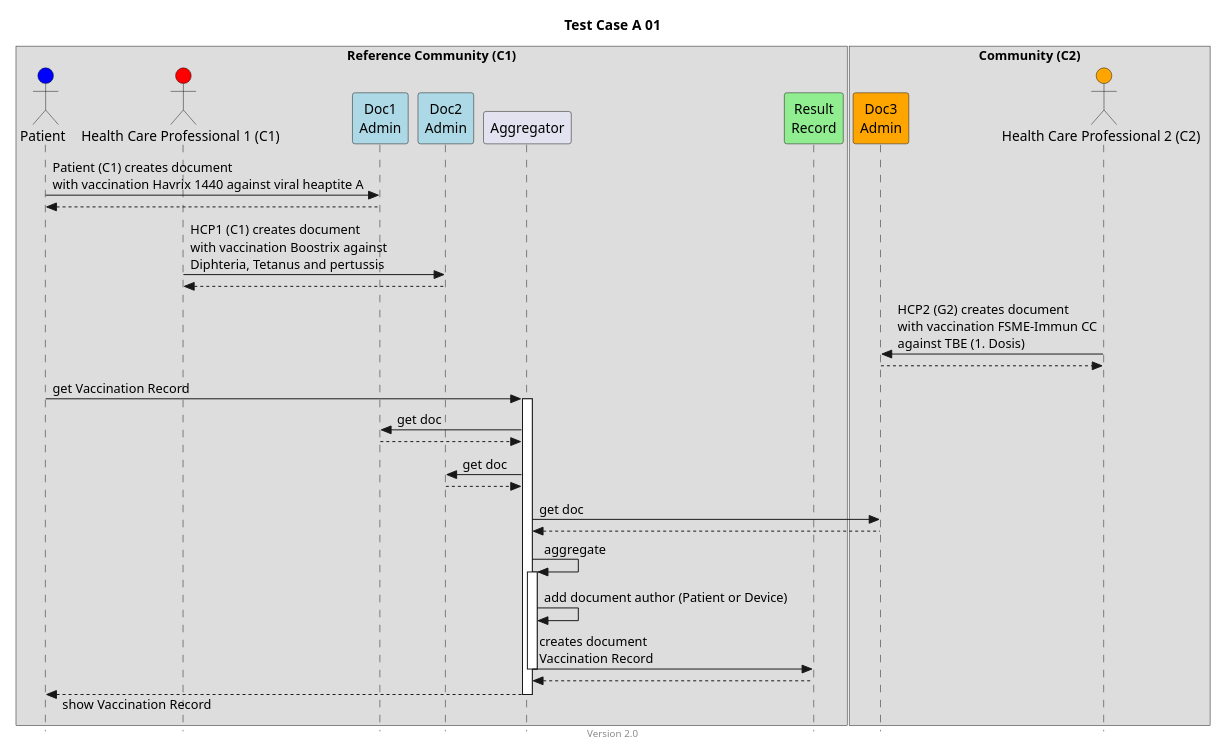
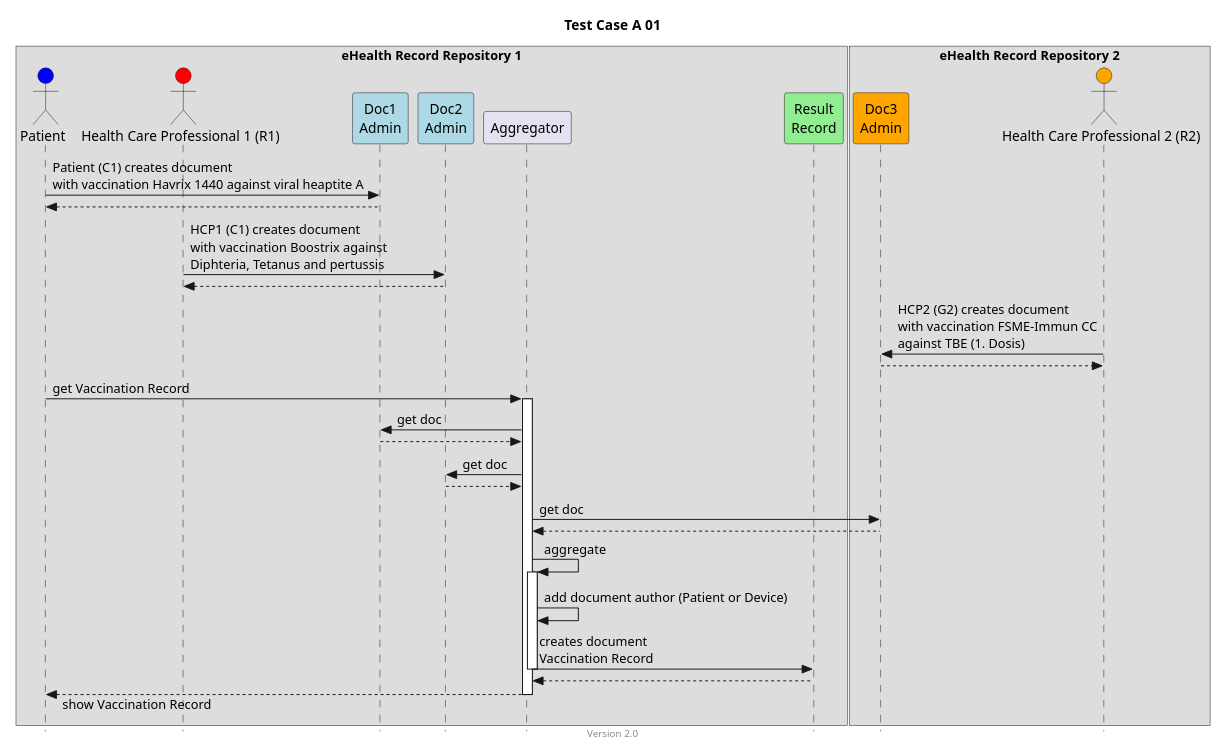
One commit to hl7ch/ch-vacd changed the diagram in input/images-source/TCA01.plantuml. Above: the diagram before and after it, drawn with PlantUML. The commit also changed 2 other files, not shown here.

```diff
--- a/input/images-source/TCA01.plantuml
+++ b/input/images-source/TCA01.plantuml
@@ -1,51 +1,51 @@
 @startuml
 title Test Case A 01
 footer Version 2.0
 skinparam responseMessageBelowArrow true
 skinparam style strictuml
 scale max 800 width
 
 
-box "Reference Community (C1)"
+box "eHealth Record Repository 1"
 actor "Patient" as PAT #blue
-actor "Health Care Professional 1 (C1)" as HCP1_C1 #red
+actor "Health Care Professional 1 (R1)" as HCP1_C1 #red
 participant "Doc1\nAdmin" as Doc1 #lightblue
 participant "Doc2\nAdmin" as Doc2 #lightblue
 participant Aggregator as AGG
 participant "Result\nRecord" as RES #lightgreen
 end box
 
-box "Community (C2)"
+box "eHealth Record Repository 2"
 participant "Doc3\nAdmin" as Doc3 #orange
-actor "Health Care Professional 2 (C2)" as HCP2_C2 #orange
+actor "Health Care Professional 2 (R2)" as HCP2_C2 #orange
 end box
 
 PAT -> Doc1: Patient (C1) creates document\nwith vaccination Havrix 1440 against viral heaptite A
 PAT <-- Doc1
 
 HCP1_C1 -> Doc2: HCP1 (C1) creates document\nwith vaccination Boostrix against\nDiphteria, Tetanus and pertussis
 HCP1_C1 <-- Doc2
 
 HCP2_C2 -> Doc3: HCP2 (G2) creates document\nwith vaccination FSME-Immun CC\nagainst TBE (1. Dosis)
 HCP2_C2 <-- Doc3:
 
 PAT -> AGG: get Vaccination Record
 activate AGG
 AGG -> Doc1: get doc
 AGG <-- Doc1
 AGG -> Doc2: get doc
 AGG <-- Doc2
 AGG -> Doc3: get doc
 AGG <-- Doc3
 
 AGG -> AGG: aggregate
 activate AGG
 AGG -> AGG: add document author (Patient or Device)
 AGG -> RES: creates document\nVaccination Record 
 deactivate AGG
 AGG <-- RES
 PAT <-- AGG: show Vaccination Record
 deactivate AGG
 
 
 @enduml
```
